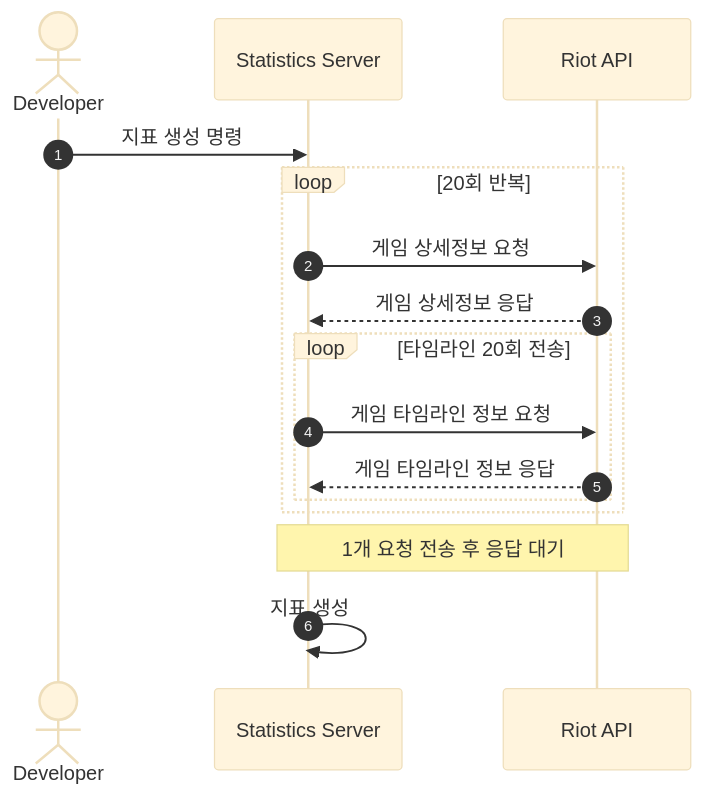
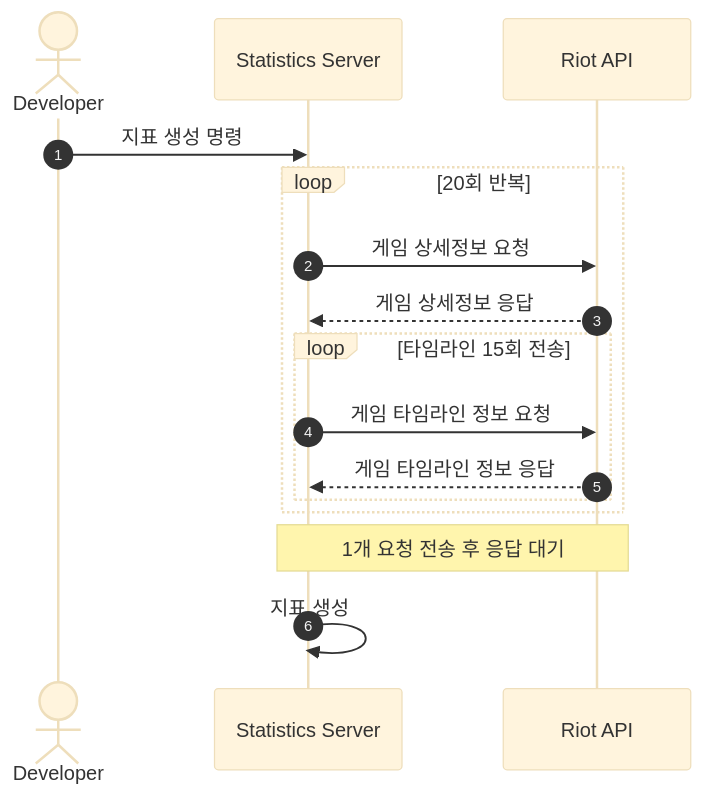
Before and after one commit to leaf-nam/portfolio: the diagram in assets/docs/sync-metric-flow.mmd, drawn with Mermaid (base theme). The commit also changed 1 other file, not shown here.

Commit message:
style: centered captions, equal paired figure heights, timeline 15x

```diff
--- a/assets/docs/sync-metric-flow.mmd
+++ b/assets/docs/sync-metric-flow.mmd
@@ -1,18 +1,18 @@
 sequenceDiagram
     %% 기존 지표 생성과정: 동기 방식 + 이중 루프 (초안)
     %% 미리보기: https://mermaid.live 에 붙여넣기
     autonumber
     actor D as Developer
     participant S as Statistics Server
     participant R as Riot API
     D->>S: 지표 생성 명령
     loop 20회 반복
         S->>R: 게임 상세정보 요청
         R-->>S: 게임 상세정보 응답
-        loop 타임라인 20회 전송
+        loop 타임라인 15회 전송
             S->>R: 게임 타임라인 정보 요청
             R-->>S: 게임 타임라인 정보 응답
         end
     end
     Note over S,R: 1개 요청 전송 후 응답 대기
     S->>S: 지표 생성
```
